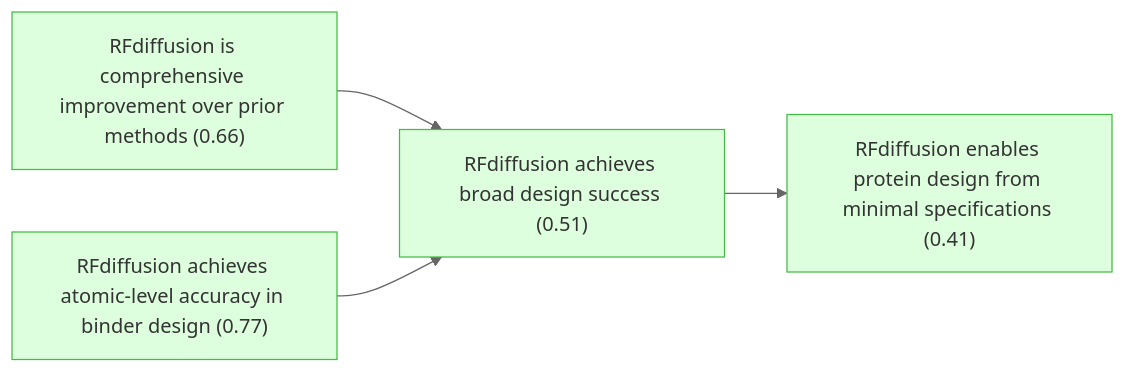
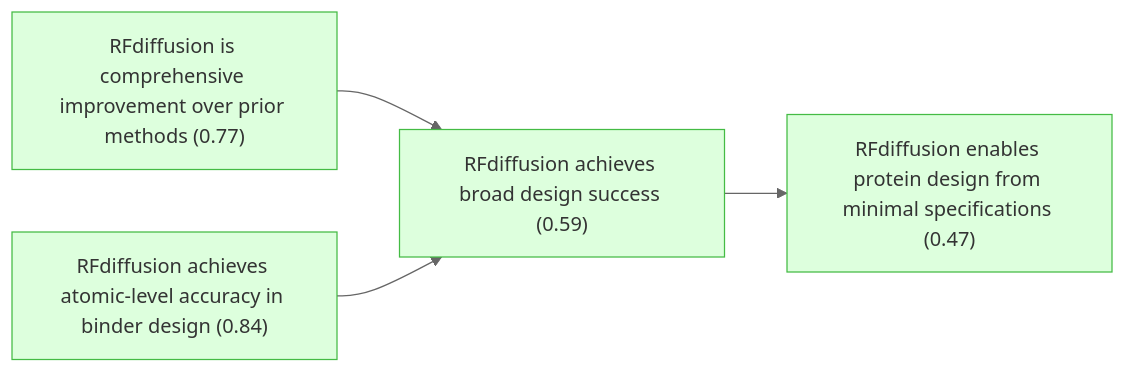
The first of 8 diagrams in README.md (kunyuan/watson-rfdiffusion-2023-gaia), drawn with Mermaid (neutral theme) before and after one commit. The commit also changed other lines of this file and 7 other files, not shown here.

First line of the commit message:
Connect remaining 5 orphaned claims into reasoning graph

````diff
--- a/README.md
+++ b/README.md
@@ -7,20 +7,20 @@
 ```mermaid
 graph LR
-    rfdiffusion_broad_success["RFdiffusion achieves broad design success (0.51)"]:::derived
-    ha20_atomic_accuracy["RFdiffusion achieves atomic-level accuracy in binder design (0.77)"]:::derived
-    comprehensive_improvement["RFdiffusion is comprehensive improvement over prior methods (0.66)"]:::derived
-    generality_claim["RFdiffusion enables protein design from minimal specifications (0.41)"]:::derived
+    rfdiffusion_broad_success["RFdiffusion achieves broad design success (0.59)"]:::derived
+    ha20_atomic_accuracy["RFdiffusion achieves atomic-level accuracy in binder design (0.84)"]:::derived
+    comprehensive_improvement["RFdiffusion is comprehensive improvement over prior methods (0.77)"]:::derived
+    generality_claim["RFdiffusion enables protein design from minimal specifications (0.47)"]:::derived
     comprehensive_improvement --> rfdiffusion_broad_success
     ha20_atomic_accuracy --> rfdiffusion_broad_success
     rfdiffusion_broad_success --> generality_claim
 
     classDef setting fill:#f0f0f0,stroke:#999,color:#333
     classDef premise fill:#ddeeff,stroke:#4488bb,color:#333
     classDef derived fill:#ddffdd,stroke:#44bb44,color:#333
     classDef question fill:#fff3dd,stroke:#cc9944,color:#333
     classDef background fill:#f5f5f5,stroke:#bbb,stroke-dasharray: 5 5,color:#333
     classDef orphan fill:#fff,stroke:#ccc,stroke-dasharray: 5 5,color:#333
     classDef external fill:#fff,stroke:#aaa,stroke-dasharray: 3 3,color:#333
     classDef weak fill:#fff9c4,stroke:#f9a825,stroke-dasharray: 5 5,color:#333
     classDef contra fill:#ffebee,stroke:#c62828,color:#333
 ```
````
